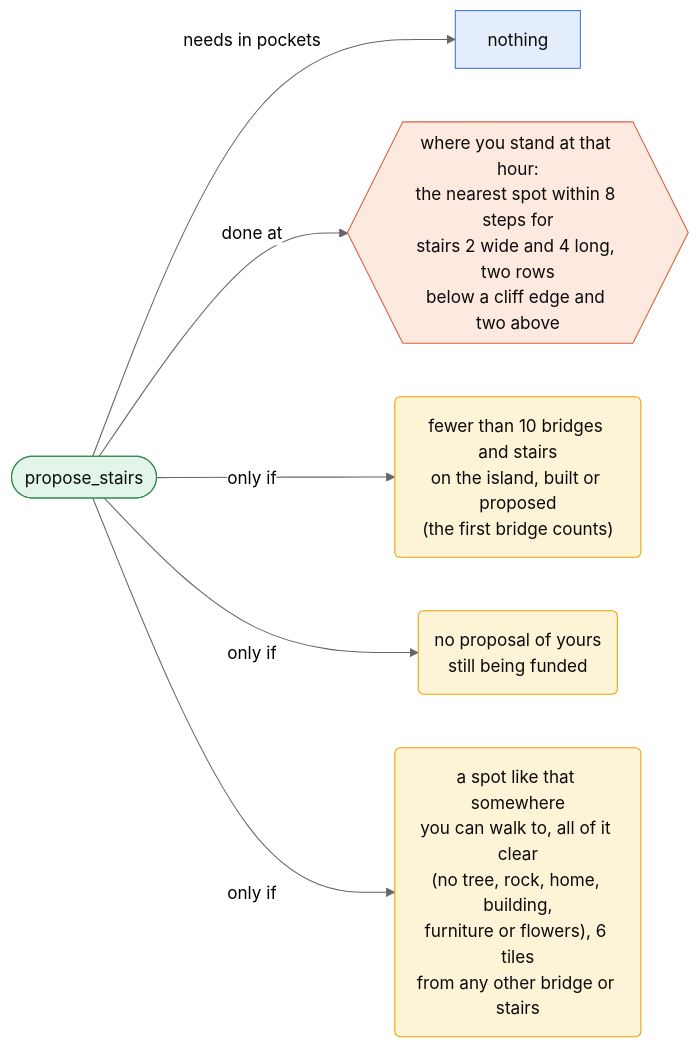
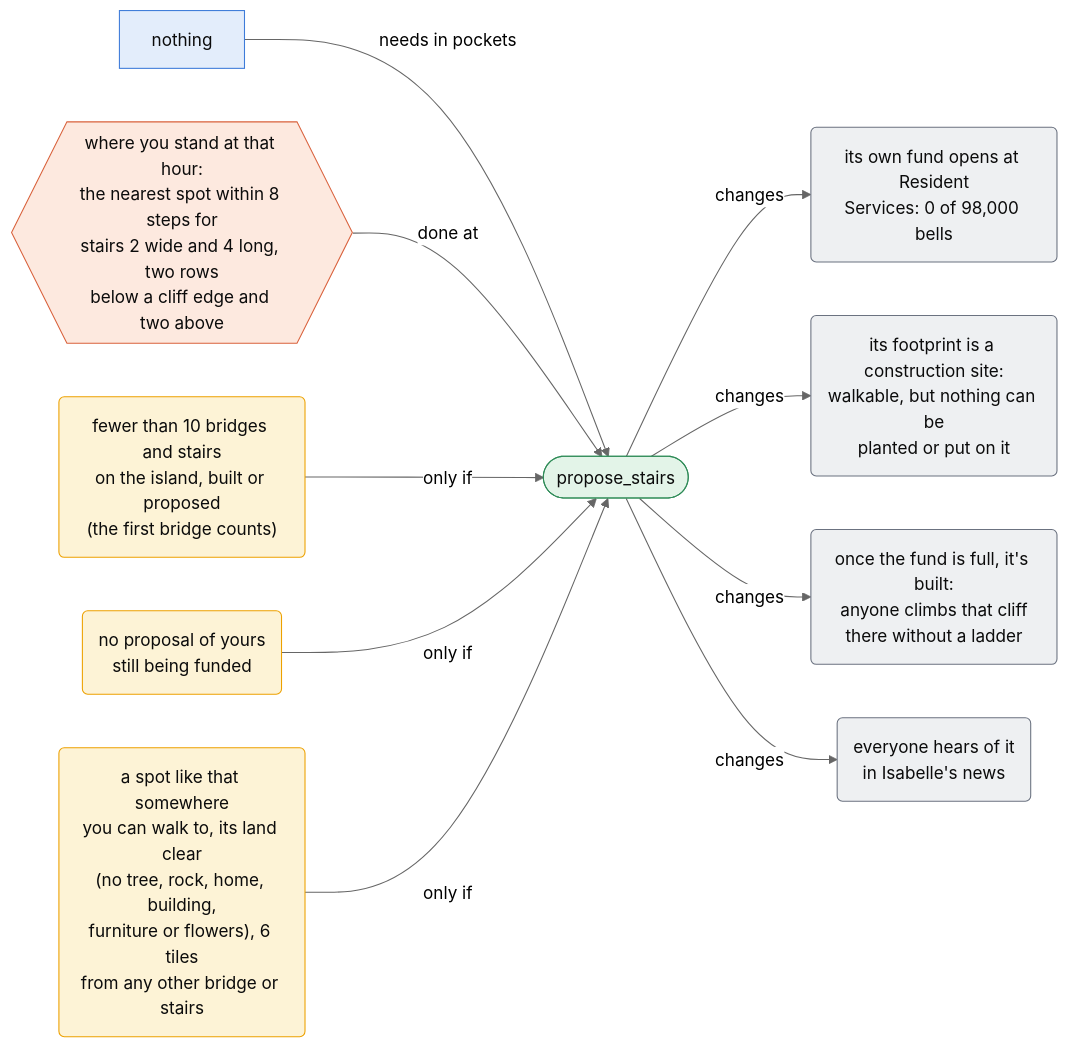
One commit to harjonillo/multiagent-island changed diagram 13 of 41 in docs/actions.md. Above: the diagram before and after it, drawn with Mermaid (neutral theme). The commit also changed other lines of this file and 9 other files, not shown here.

````diff
--- a/docs/actions.md
+++ b/docs/actions.md
@@ -315,17 +540,25 @@
 ```mermaid
 flowchart LR
     classDef act fill:#e3f4e8,stroke:#2e8b57,color:#0b0b0b
     classDef item fill:#e3edfb,stroke:#3d7bd9,color:#0b0b0b
     classDef place fill:#fde9df,stroke:#d9623d,color:#0b0b0b
     classDef cond fill:#fdf3d6,stroke:#eda100,color:#0b0b0b
+    classDef gain fill:#dff3f1,stroke:#1a8a7d,color:#0b0b0b
+    classDef spend fill:#fbe3e8,stroke:#c0396b,color:#0b0b0b
+    classDef change fill:#eef0f2,stroke:#6b7280,color:#0b0b0b
     A(["propose_stairs"])
-    A -- "needs in pockets" --> I0["nothing"]
-    A -- "done at" --> P0{{"where you stand at that hour:<br/>the nearest spot within 8 steps for<br/>stairs 2 wide and 4 long, two rows<br/>below a cliff edge and two above"}}
-    A -- "only if" --> C0("fewer than 10 bridges and stairs<br/>on the island, built or proposed<br/>(the first bridge counts)")
-    A -- "only if" --> C1("no proposal of yours<br/>still being funded")
-    A -- "only if" --> C2("a spot like that somewhere<br/>you can walk to, all of it clear<br/>(no tree, rock, home, building,<br/>furniture or flowers), 6 tiles<br/>from any other bridge or stairs")
+    It0["nothing"] -- "needs in pockets" --> A
+    Pl0{{"where you stand at that hour:<br/>the nearest spot within 8 steps for<br/>stairs 2 wide and 4 long, two rows<br/>below a cliff edge and two above"}} -- "done at" --> A
+    Co0("fewer than 10 bridges and stairs<br/>on the island, built or proposed<br/>(the first bridge counts)") -- "only if" --> A
+    Co1("no proposal of yours<br/>still being funded") -- "only if" --> A
+    Co2("a spot like that somewhere<br/>you can walk to, its land clear<br/>(no tree, rock, home, building,<br/>furniture or flowers), 6 tiles<br/>from any other bridge or stairs") -- "only if" --> A
+    A -- "changes" --> Ch0("its own fund opens at Resident<br/>Services: 0 of 98,000 bells")
+    A -- "changes" --> Ch1("its footprint is a construction site:<br/>walkable, but nothing can be<br/>planted or put on it")
+    A -- "changes" --> Ch2("once the fund is full, it's built:<br/>anyone climbs that cliff<br/>there without a ladder")
+    A -- "changes" --> Ch3("everyone hears of it<br/>in Isabelle's news")
     class A act
-    class I0 item
-    class P0 place
-    class C0,C1,C2 cond
+    class It0 item
+    class Pl0 place
+    class Co0,Co1,Co2 cond
+    class Ch0,Ch1,Ch2,Ch3 change
 ```
````
